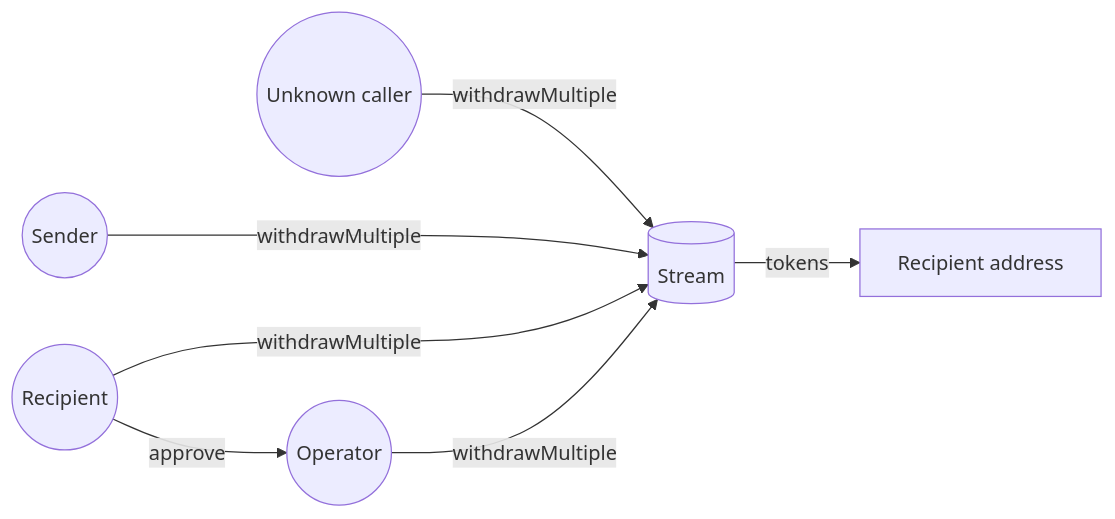
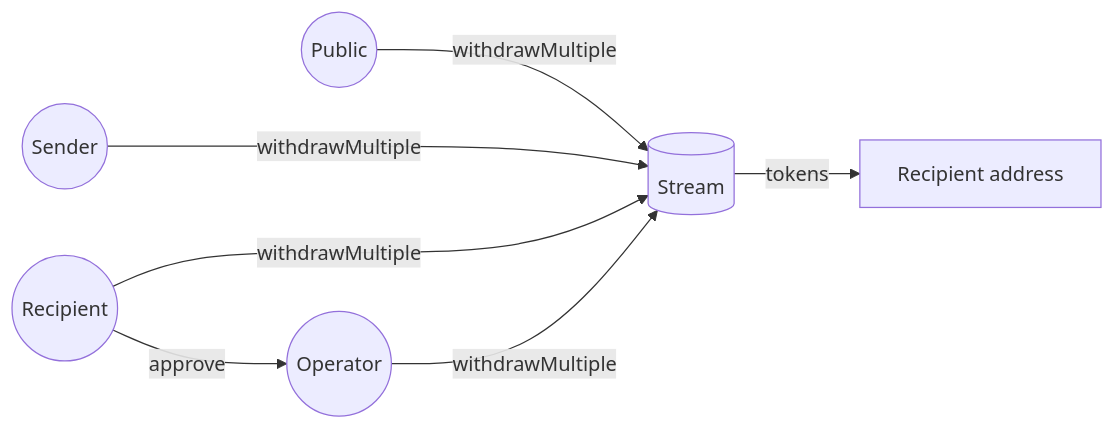
The sixth of 8 diagrams in docs/reference/lockup/04-access-control.md (sablier-labs/docs), drawn with Mermaid before and after one commit. The commit also changed other lines of this file and 16 other files, not shown here.

Commit message:
adds link to flow audits polishing references to legacy protocol

````diff
--- a/docs/reference/lockup/04-access-control.md
+++ b/docs/reference/lockup/04-access-control.md
@@ -105,16 +105,16 @@
 ```mermaid
 flowchart LR;
-    unknown((Unknown caller));
+    public((Public));
     recipient((Recipient));
     operator((Operator));
     sender((Sender));
     streams[(Stream)];
     toAddress[Recipient address];
 
-    unknown -- withdrawMultiple --> streams;
+    public -- withdrawMultiple --> streams;
     sender -- withdrawMultiple --->streams;
     recipient -- withdrawMultiple --->streams
     recipient -- approve -->operator;
     operator -- withdrawMultiple -->streams;
     streams -- tokens --> toAddress;
 ```
````
